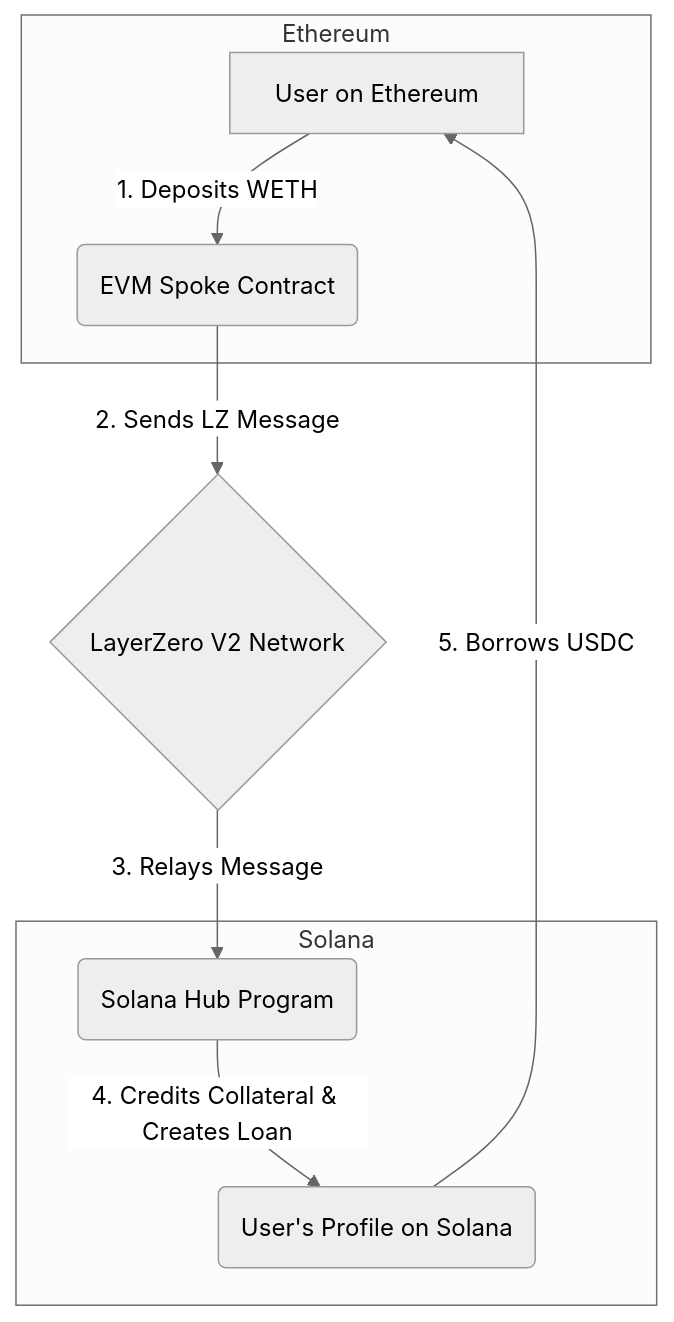
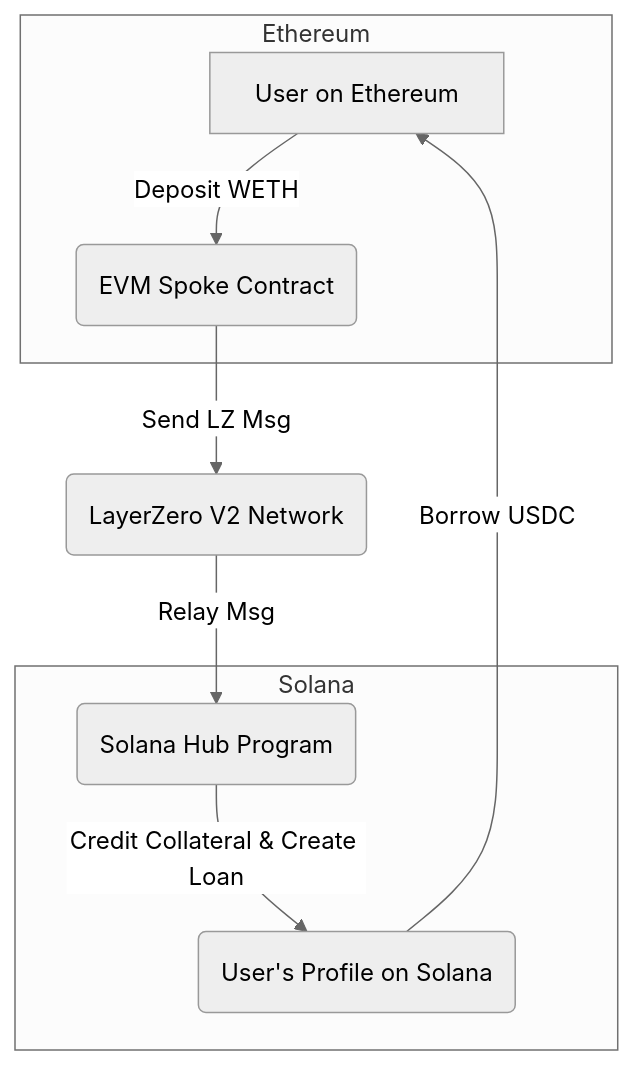
The diagram in README.md (polymathLTE/meridian-protocol), drawn with Mermaid (neutral theme) before and after one commit.

````diff
--- a/README.md
+++ b/README.md
@@ -30,18 +30,19 @@
 ```mermaid
 graph TD
-    A[User on Ethereum] -->|1. Deposits WETH| B(EVM Spoke Contract);
-    B -->|2. Sends LZ Message| C{LayerZero V2 Network};
-    C -->|3. Relays Message| D(Solana Hub Program);
-    D -->|4. Credits Collateral & Creates Loan| E(User's Profile on Solana);
-    E -->|5. Borrows USDC| A;
+    A[User on Ethereum] -->|Deposit WETH| B(EVM Spoke Contract)
+    B -->|Send LZ Msg| C(LayerZero V2 Network)
+    C -->|Relay Msg| D(Solana Hub Program)
+    D -->|Credit Collateral & Create Loan| E(User's Profile on Solana)
+    E -->|Borrow USDC| A
 
     subgraph Ethereum
         A
         B
     end
 
     subgraph Solana
         D
         E
     end
+
 ```
````
